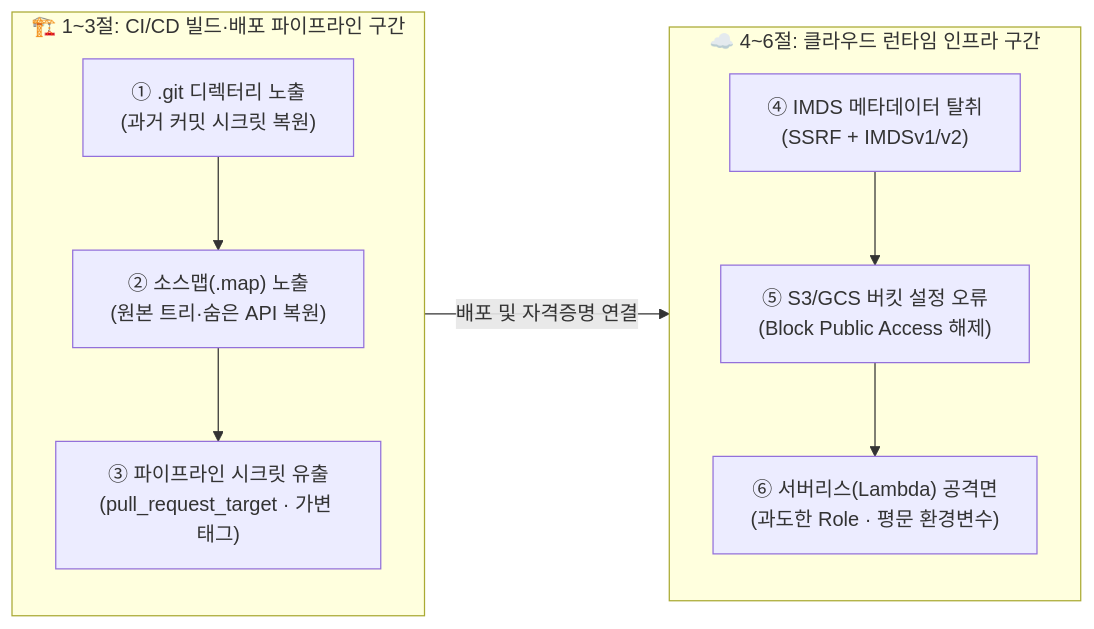
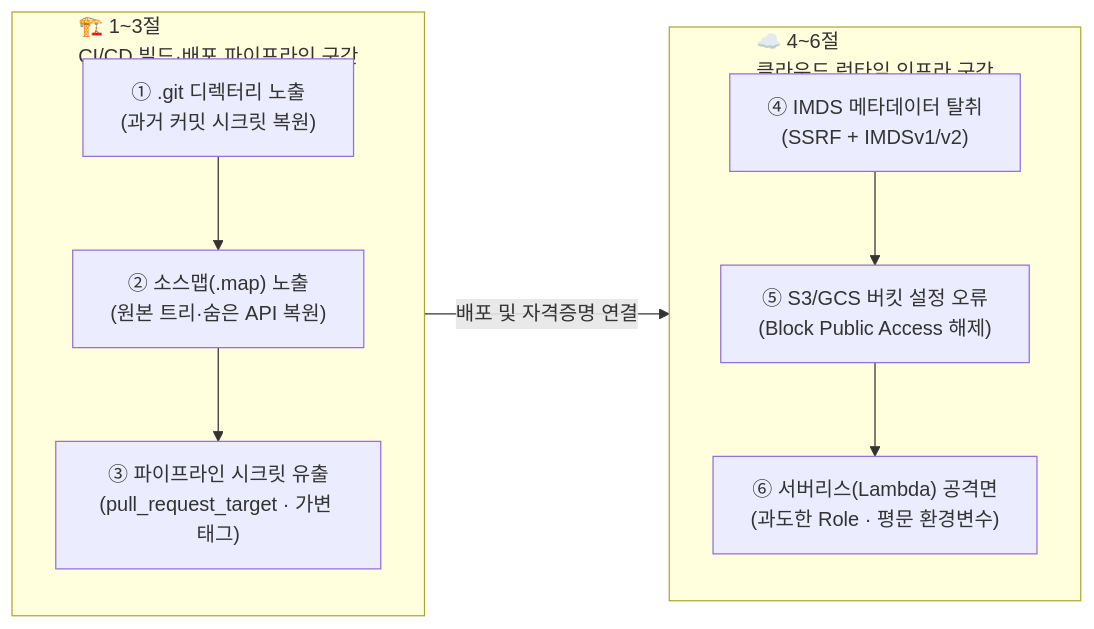
Before and after one commit to gooyong-sec/gooyong-sec.github.io: the first of 2 diagrams in content/웹취약점/웹 취약점 진단 인프라편 — CI-CD와 클라우드 설정 노출.md, drawn with Mermaid. The commit also changed 17 other files, not shown here.

````diff
--- a/content/웹취약점/웹 취약점 진단 인프라편 — CI-CD와 클라우드 설정 노출.md
+++ b/content/웹취약점/웹 취약점 진단 인프라편 — CI-CD와 클라우드 설정 노출.md
@@ -21,10 +21,10 @@
 ```mermaid
 flowchart LR
-    subgraph SupplyChain["🏗️ 1~3절: CI/CD 빌드·배포 파이프라인 구간"]
+    subgraph SupplyChain["🏗️ 1~3절<br/>CI/CD 빌드·배포 파이프라인 구간"]
         S1["① .git 디렉터리 노출<br/>(과거 커밋 시크릿 복원)"] --> S2["② 소스맵(.map) 노출<br/>(원본 트리·숨은 API 복원)"] --> S3["③ 파이프라인 시크릿 유출<br/>(pull_request_target · 가변 태그)"]
     end
-    subgraph CloudInfra["☁️ 4~6절: 클라우드 런타임 인프라 구간"]
+    subgraph CloudInfra["☁️ 4~6절<br/>클라우드 런타임 인프라 구간"]
         C1["④ IMDS 메타데이터 탈취<br/>(SSRF + IMDSv1/v2)"] --> C2["⑤ S3/GCS 버킷 설정 오류<br/>(Block Public Access 해제)"] --> C3["⑥ 서버리스(Lambda) 공격면<br/>(과도한 Role · 평문 환경변수)"]
     end
     SupplyChain -->|"배포 및 자격증명 연결"| CloudInfra
 ```
````
